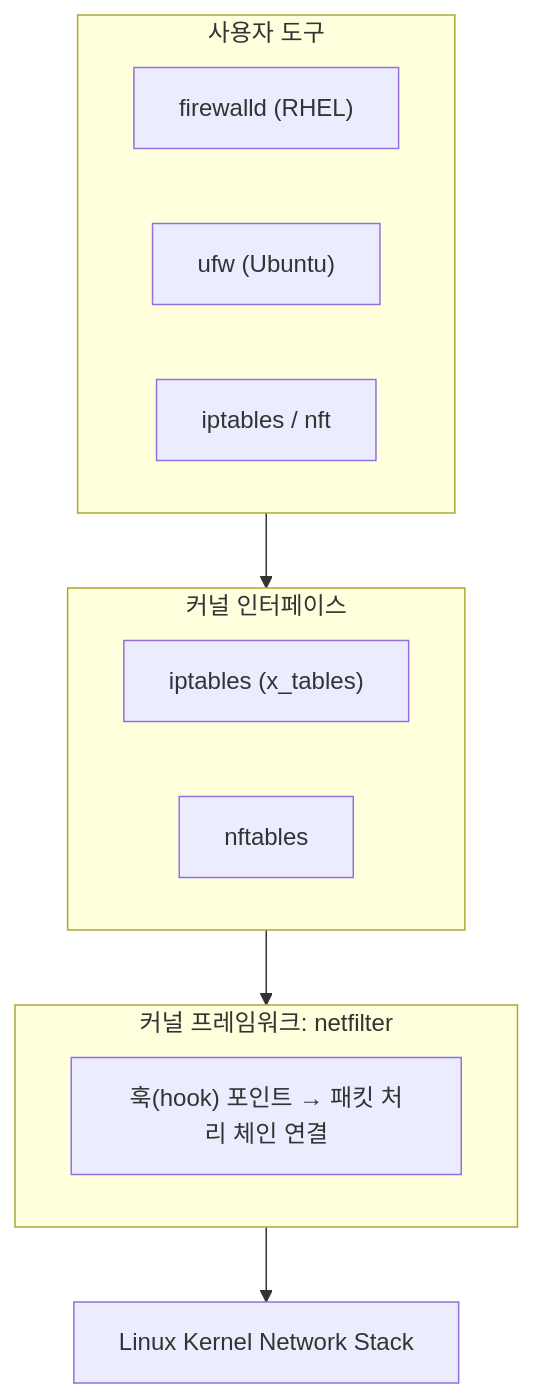
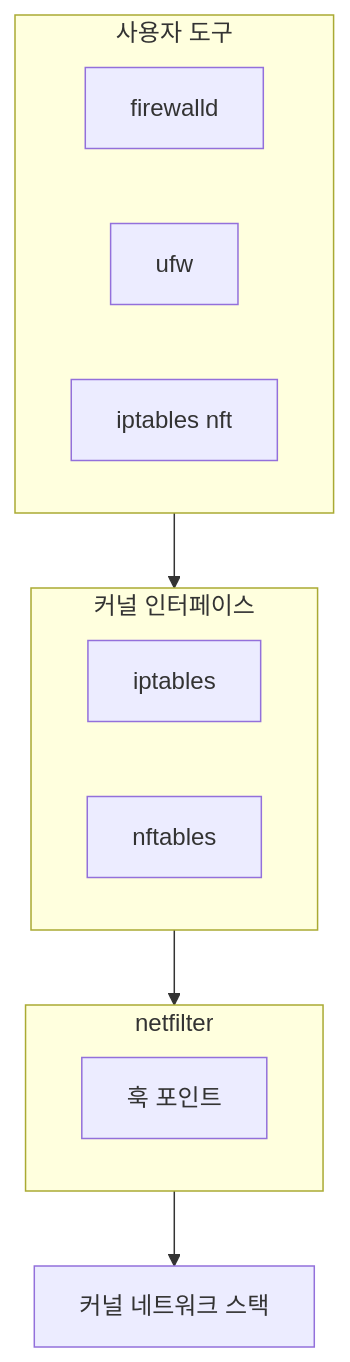
One commit to moonblueblue/devops-wiki changed the first of 6 diagrams in content/linux/network-basics/firewall.md. Above: the diagram before and after it, drawn with Mermaid. The commit also changed other lines of this file and 37 other files, not shown here.

First line of the commit message:
style: linux 카테고리 ASCII 도표·Mermaid 라벨 형식 교정

````diff
--- a/content/linux/network-basics/firewall.md
+++ b/content/linux/network-basics/firewall.md
@@ -25,18 +25,18 @@
 ```mermaid
 graph TD
     subgraph tools["사용자 도구"]
-        FWD["firewalld (RHEL)"]
-        UFW["ufw (Ubuntu)"]
-        IPT_T["iptables / nft"]
+        FWD["firewalld"]
+        UFW["ufw"]
+        IPT_T["iptables nft"]
     end
     subgraph kif["커널 인터페이스"]
-        IPT_K["iptables (x_tables)"]
+        IPT_K["iptables"]
         NFT["nftables"]
     end
-    subgraph netfilter["커널 프레임워크: netfilter"]
-        NF["훅(hook) 포인트 → 패킷 처리 체인 연결"]
+    subgraph netfilter["netfilter"]
+        NF["훅 포인트"]
     end
-    KNET["Linux Kernel Network Stack"]
+    KNET["커널 네트워크 스택"]
 
     tools --> kif --> netfilter --> KNET
 ```
````
